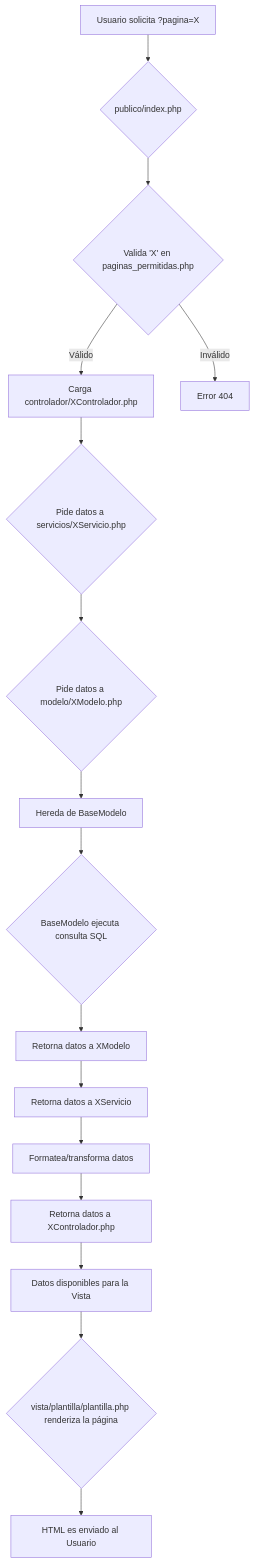
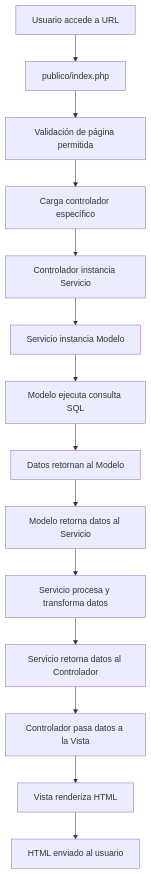
Before and after one commit to Unexca-Website-Development/UNEXCA-WEBSITE---PHP: the diagram in docs/ARQUITECTURA.md, drawn with Mermaid. The commit also changed other lines of this file and 19 other files, not shown here.

````diff
--- a/docs/ARQUITECTURA.md
+++ b/docs/ARQUITECTURA.md
@@ -11,18 +20,16 @@
 ```mermaid
 graph TD
-    A[Usuario solicita ?pagina=X] --> B{publico/index.php};
-    B --> C{Valida 'X' en paginas_permitidas.php};
-    C -- Válido --> D[Carga controlador/XControlador.php];
-    D --> E{Pide datos a servicios/XServicio.php};
-    E --> F{Pide datos a modelo/XModelo.php};
-    F --> G[Hereda de BaseModelo];
-    G --> H{BaseModelo ejecuta consulta SQL};
-    H --> I[Retorna datos a XModelo];
-    I --> J[Retorna datos a XServicio];
-    J --> K[Formatea/transforma datos];
-    K --> L[Retorna datos a XControlador.php];
-    L --> M[Datos disponibles para la Vista];
-    M --> N{vista/plantilla/plantilla.php renderiza la página};
-    N --> O[HTML es enviado al Usuario];
-    C -- Inválido --> P[Error 404];
+    A[Usuario accede a URL] --> B[publico/index.php]
+    B --> C[Validación de página permitida]
+    C --> D[Carga controlador específico]
+    D --> E[Controlador instancia Servicio]
+    E --> F[Servicio instancia Modelo]
+    F --> G[Modelo ejecuta consulta SQL]
+    G --> H[Datos retornan al Modelo]
+    H --> I[Modelo retorna datos al Servicio]
+    I --> J[Servicio procesa y transforma datos]
+    J --> K[Servicio retorna datos al Controlador]
+    K --> L[Controlador pasa datos a la Vista]
+    L --> M[Vista renderiza HTML]
+    M --> N[HTML enviado al usuario]
 ```
````
